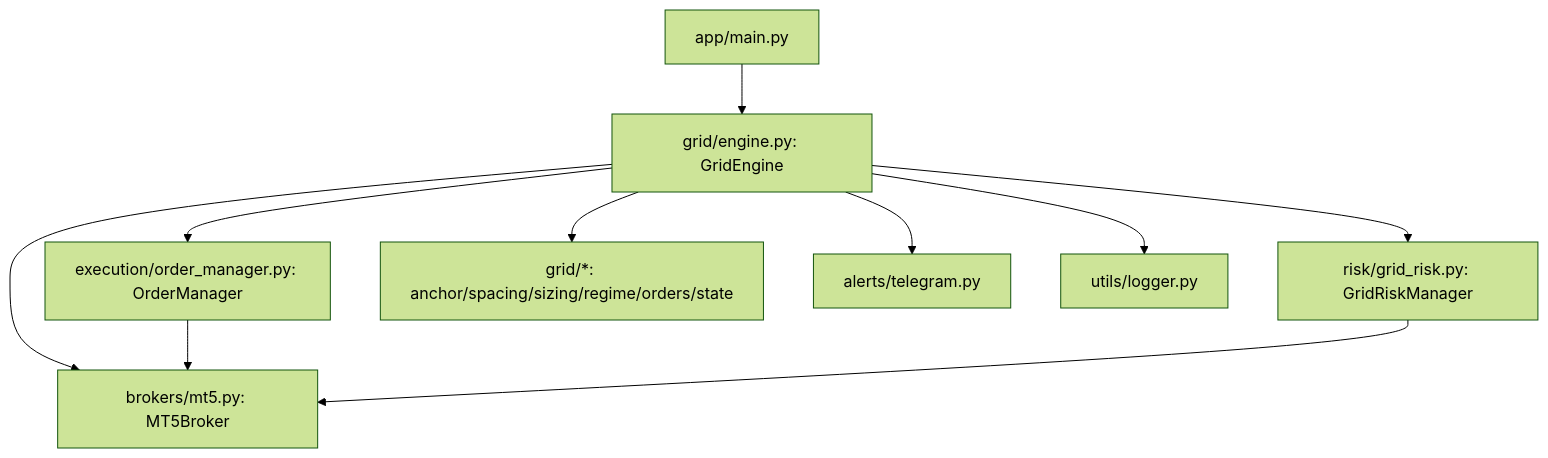
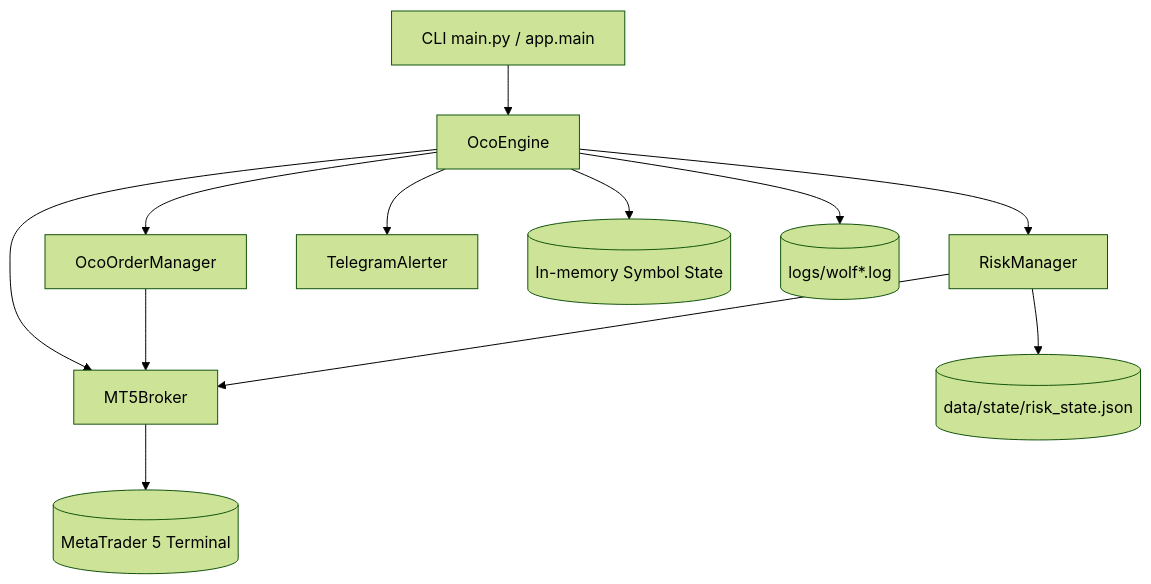
The diagram in docs/architecture.md (pydev2018/daytrader), drawn with Mermaid (forest theme) before and after one commit. The commit also changed other lines of this file and 68 other files, not shown here.

Commit message:
feat: finalize OCO engine hardening and config tuning

````diff
--- a/docs/architecture.md
+++ b/docs/architecture.md
@@ -16,13 +16,14 @@
 ```mermaid
-graph TD
-  app[app/main.py] --> engine[grid/engine.py: GridEngine]
-  engine --> broker[brokers/mt5.py: MT5Broker]
-  engine --> ordermgr[execution/order_manager.py: OrderManager]
-  engine --> risk[risk/grid_risk.py: GridRiskManager]
-  engine --> grid[grid/*: anchor/spacing/sizing/regime/orders/state]
-  engine --> alerts[alerts/telegram.py]
-  engine --> logs[utils/logger.py]
-
-  ordermgr --> broker
-  risk --> broker
+flowchart TD
+    A[CLI main.py / app.main] --> B[OcoEngine]
+    B --> C[RiskManager]
+    B --> D[OcoOrderManager]
+    B --> E[MT5Broker]
+    B --> F[TelegramAlerter]
+    D --> E
+    C --> E
+    E --> G[(MetaTrader 5 Terminal)]
+    B --> H[(In-memory Symbol State)]
+    C --> I[(data/state/risk_state.json)]
+    B --> J[(logs/wolf*.log)]
 ```
````
